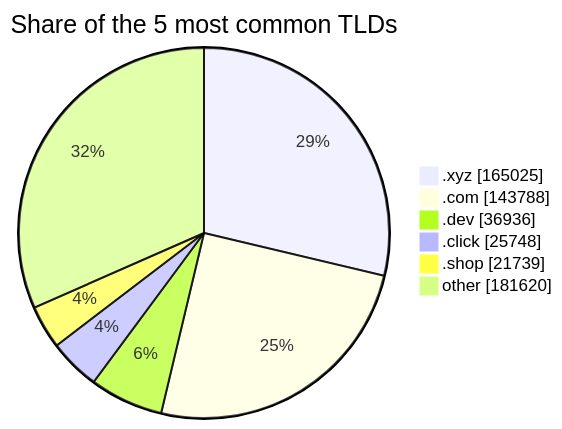
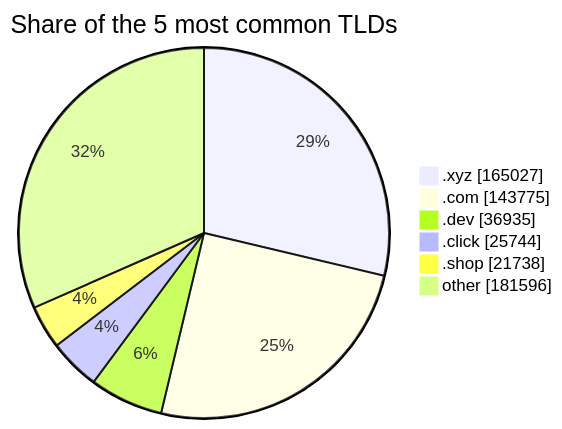
One commit to DNSBunker/CTI changed the third of 3 diagrams in README.md. Above: the diagram before and after it, drawn with Mermaid. The commit also changed other lines of this file and 3 other files, not shown here.

````diff
--- a/README.md
+++ b/README.md
@@ -81,9 +81,9 @@
 ```mermaid
 pie showData title Share of the 5 most common TLDs
-    ".xyz" : 165025
-    ".com" : 143788
-    ".dev" : 36936
-    ".click" : 25748
-    ".shop" : 21739
-    "other" : 181620
+    ".xyz" : 165027
+    ".com" : 143775
+    ".dev" : 36935
+    ".click" : 25744
+    ".shop" : 21738
+    "other" : 181596
 ```
````
